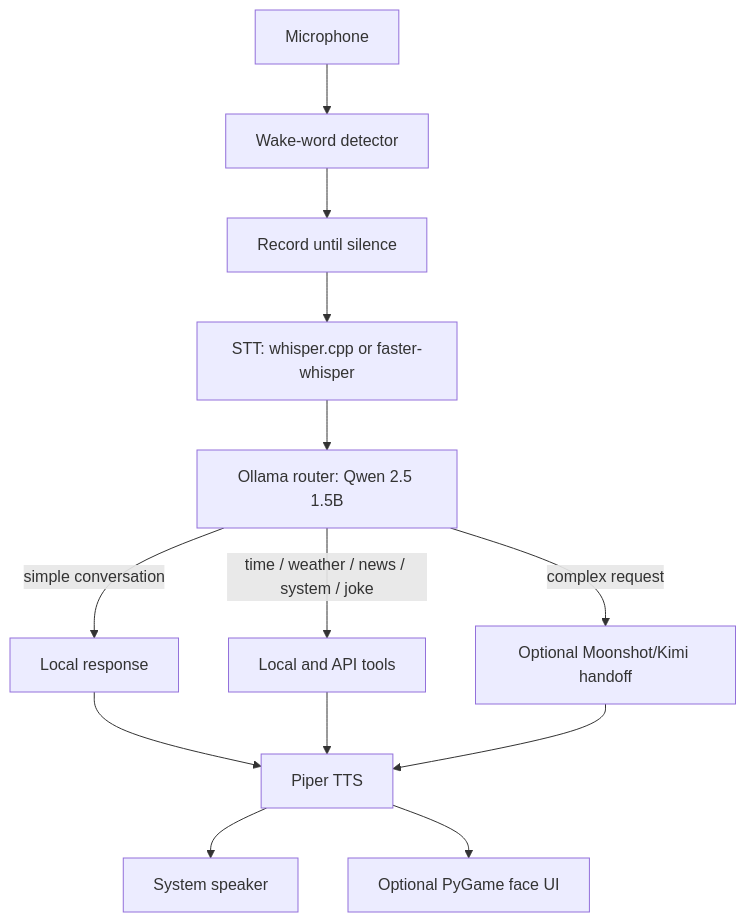
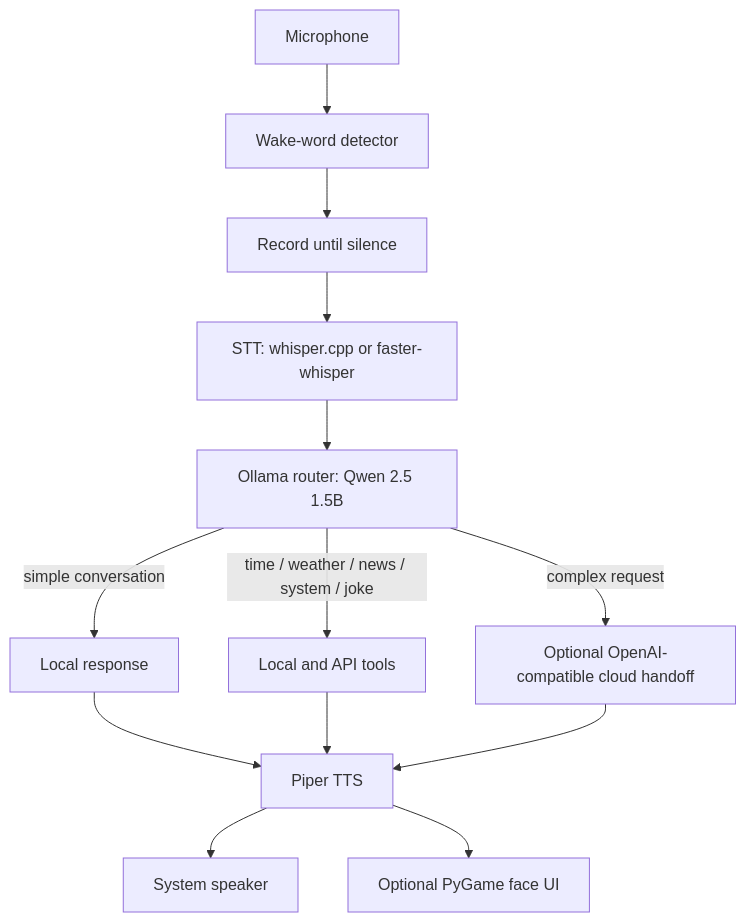
Before and after one commit to Mohammad-Faiz-Cloud-Engineer/Morris-Agent: the diagram in README.md, drawn with Mermaid. The commit also changed other lines of this file and 7 other files, not shown here.

First line of the commit message:
Replace hardcoded Kimi/Moonshot client with generic OpenAI-compatible cloud client

````diff
--- a/README.md
+++ b/README.md
@@ -28,17 +28,17 @@
 ```mermaid
 flowchart TD
     mic["Microphone"] --> wake["Wake-word detector"]
     wake --> record["Record until silence"]
     record --> stt["STT: whisper.cpp or faster-whisper"]
     stt --> router["Ollama router: Qwen 2.5 1.5B"]
 
     router -->|"simple conversation"| local["Local response"]
     router -->|"time / weather / news / system / joke"| tools["Local and API tools"]
-    router -->|"complex request"| cloud["Optional Moonshot/Kimi handoff"]
+    router -->|"complex request"| cloud["Optional OpenAI-compatible cloud handoff"]
 
     local --> tts["Piper TTS"]
     tools --> tts
     cloud --> tts
     tts --> speaker["System speaker"]
     tts --> ui["Optional PyGame face UI"]
 ```
````
